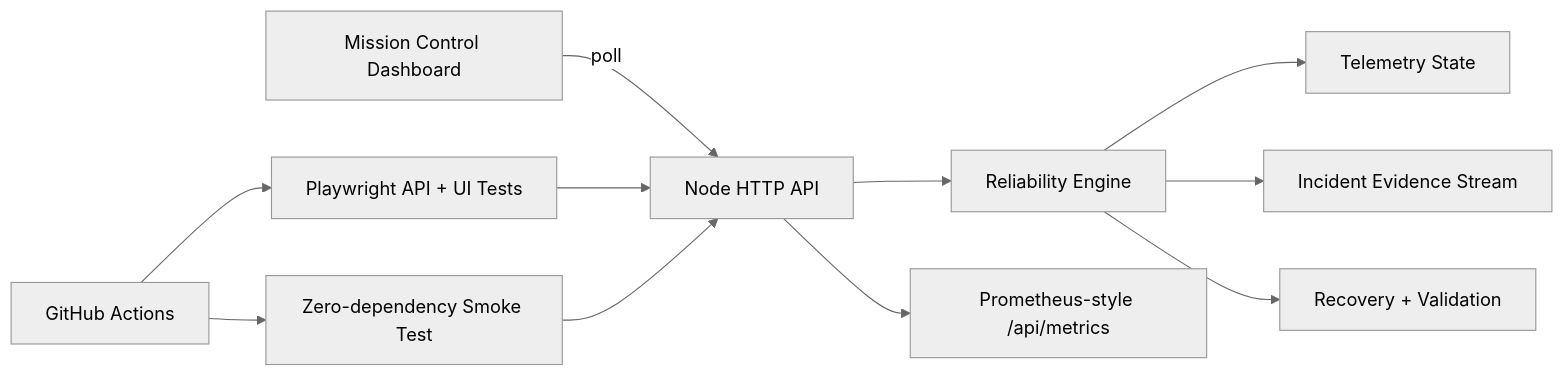
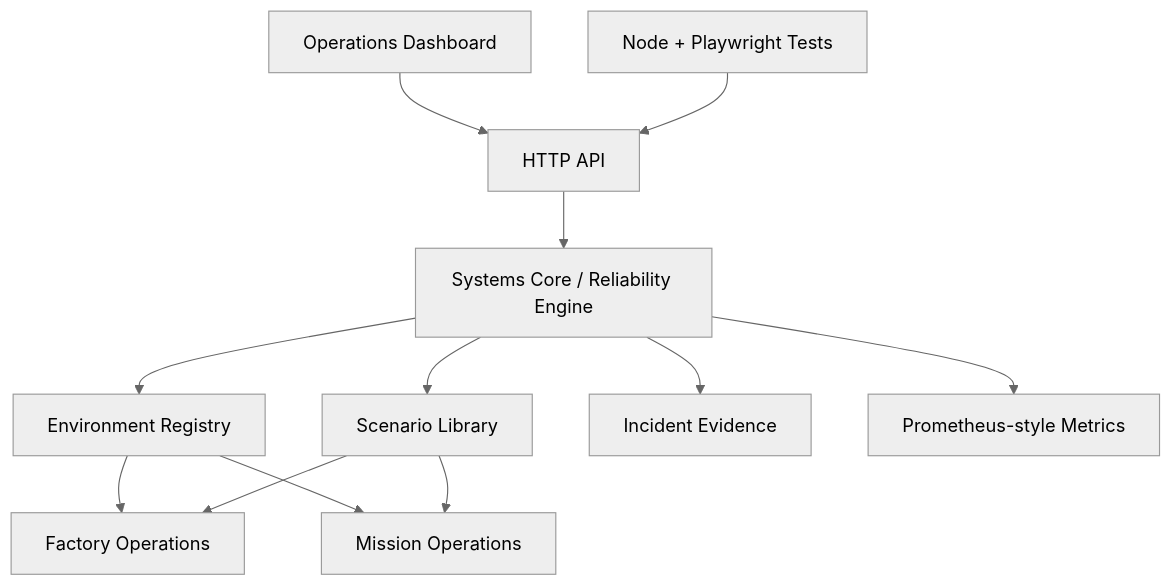
The diagram in docs/ARCHITECTURE.md (Lordkoii/Orbital-Reliability-Lab), drawn with Mermaid (neutral theme) before and after one commit. The commit also changed other lines of this file, not shown here.

Commit message:
Document v0.2 systems core architecture

````diff
--- a/docs/ARCHITECTURE.md
+++ b/docs/ARCHITECTURE.md
@@ -5,13 +11,14 @@
 ```mermaid
-flowchart LR
-    UI[Mission Control Dashboard] -->|poll| API[Node HTTP API]
-    TESTS[Playwright API + UI Tests] --> API
-    SMOKE[Zero-dependency Smoke Test] --> API
-    API --> ENGINE[Reliability Engine]
-    ENGINE --> METRICS[Telemetry State]
-    ENGINE --> EVENTS[Incident Evidence Stream]
-    ENGINE --> RECOVERY[Recovery + Validation]
-    API --> PROM[Prometheus-style /api/metrics]
-    CI[GitHub Actions] --> TESTS
-    CI --> SMOKE
+flowchart TB
+    UI[Operations Dashboard] --> API[HTTP API]
+    API --> CORE[Systems Core / Reliability Engine]
+    CORE --> ENV[Environment Registry]
+    CORE --> SCENARIOS[Scenario Library]
+    ENV --> FACTORY[Factory Operations]
+    ENV --> MISSION[Mission Operations]
+    SCENARIOS --> FACTORY
+    SCENARIOS --> MISSION
+    CORE --> EVENTS[Incident Evidence]
+    CORE --> METRICS[Prometheus-style Metrics]
+    TESTS[Node + Playwright Tests] --> API
 ```
````
